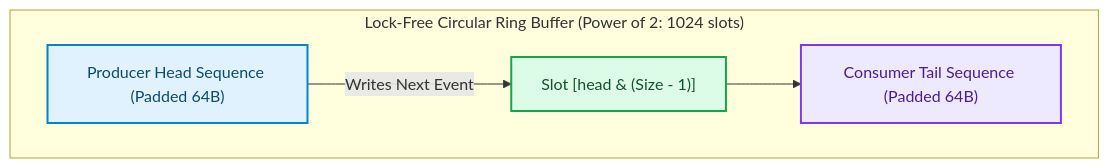
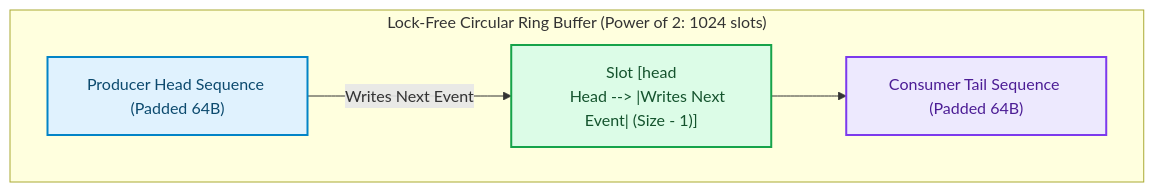
Before and after one commit to akmalkhaniub/akmalkhaniub.github.io: the third of 3 diagrams in blog/posts/ultra-low-latency-limit-order-books-lob-lock-free-ring-buffers-cpu-cache.md, drawn with Mermaid. The commit also changed other lines of this file and 894 other files, not shown here.

Commit message:
feat(blog): upgrade all 444 posts with unique staggered dates, 2-col Mermaid spines, benchmark tables, code blocks, and trade-offs

````diff
--- a/blog/posts/ultra-low-latency-limit-order-books-lob-lock-free-ring-buffers-cpu-cache.md
+++ b/blog/posts/ultra-low-latency-limit-order-books-lob-lock-free-ring-buffers-cpu-cache.md
@@ -114,16 +114,17 @@
 ```mermaid
 flowchart TD
   subgraph SG4_LockFreeCircular ["Lock-Free Circular Ring Buffer (Power of 2: 1024 slots)"]
-    Head["Producer Head Sequence (Padded 64B)"] -->|Writes Next Event| Slot["Slot [head & (Size - 1)]"]
+    Head["Producer Head Sequence (Padded 64B)"] --> |Writes Next Event| Slot["Slot [head
+    Head --> |Writes Next Event| (Size - 1)]"]
     Slot --> Tail["Consumer Tail Sequence (Padded 64B)"]
   end
 
 classDef green fill:#dcfce7,stroke:#16a34a,stroke-width:2px,color:#14532d;
 classDef red fill:#fee2e2,stroke:#dc2626,stroke-width:2px,color:#7f1d1d;
 classDef blue fill:#e0f2fe,stroke:#0284c7,stroke-width:2px,color:#0c4a6e;
 classDef yellow fill:#fef3c7,stroke:#d97706,stroke-width:2px,color:#78350f;
 classDef purple fill:#ede9fe,stroke:#7c3aed,stroke-width:2px,color:#4c1d95;
 class Head blue
 class Slot green
 class Tail purple
 ```
````
